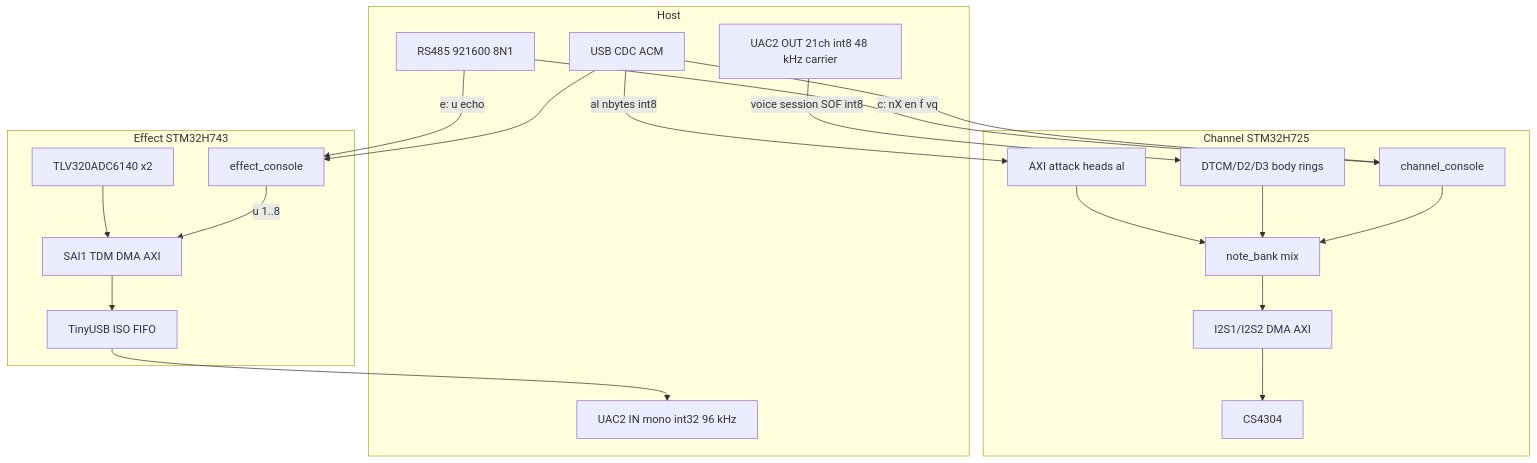
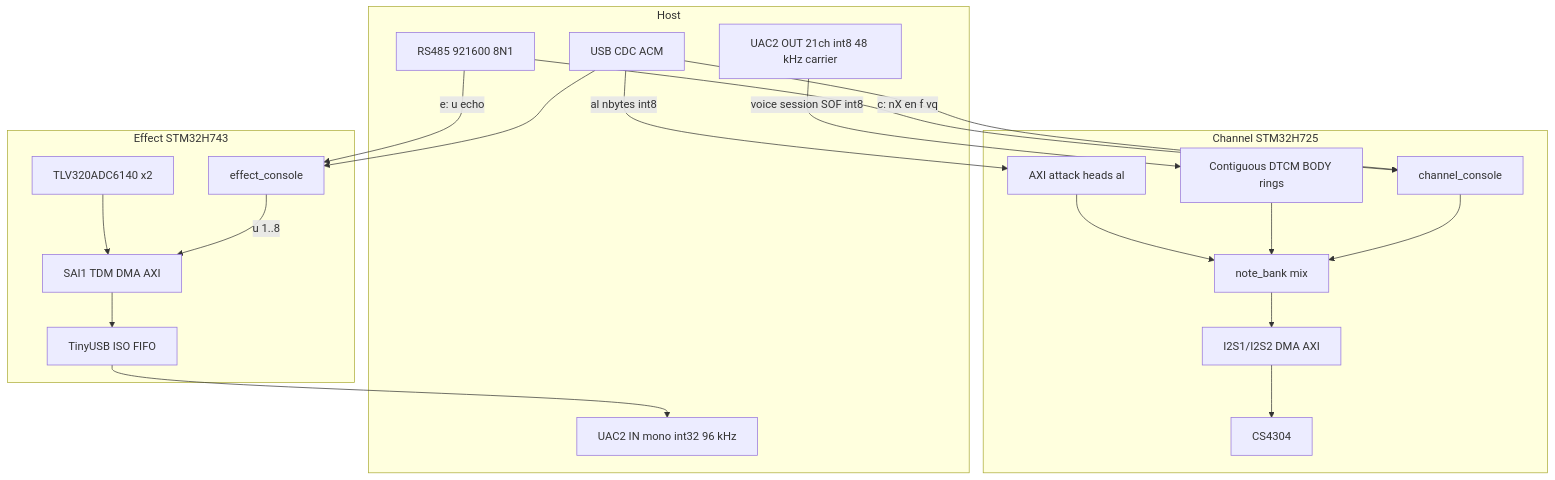
One commit to narendrabhatt-freshwater/firmware changed the first of 5 diagrams in docs/diagrams/card_data_flow.md. Above: the diagram before and after it, drawn with Mermaid. The commit also changed other lines of this file and 6 other files, not shown here.

Commit message:
refactor(sample): consolidate body rings in DTCM

````diff
--- a/docs/diagrams/card_data_flow.md
+++ b/docs/diagrams/card_data_flow.md
@@ -19,38 +19,38 @@
 ```mermaid
 flowchart TB
   subgraph host [Host]
     RS485[RS485 921600 8N1]
     CDC[USB CDC ACM]
     BodyOut[UAC2 OUT 21ch int8 48 kHz carrier]
     UacIn[UAC2 IN mono int32 96 kHz]
   end
 
   subgraph ch [Channel STM32H725]
     ChCon[channel_console]
     ChAtk[AXI attack heads al]
-    ChRing[DTCM/D2/D3 body rings]
+    ChRing[Contiguous DTCM BODY rings]
     ChMix[note_bank mix]
     ChI2S[I2S1/I2S2 DMA AXI]
     ChDac[CS4304]
   end
 
   subgraph fx [Effect STM32H743]
     FxCon[effect_console]
     FxSai[SAI1 TDM DMA AXI]
     FxAdc[TLV320ADC6140 x2]
     FxFifo[TinyUSB ISO FIFO]
   end
 
   RS485 -->|"c: nX en f vq"| ChCon
   RS485 -->|"e: u echo"| FxCon
   CDC -->|"al nbytes int8"| ChAtk
   CDC --> ChCon
   CDC --> FxCon
   BodyOut -->|"voice session SOF int8"| ChRing
   ChAtk --> ChMix
   ChRing --> ChMix
   ChCon --> ChMix
   ChMix --> ChI2S --> ChDac
   FxAdc --> FxSai --> FxFifo --> UacIn
   FxCon -->|"u 1..8"| FxSai
 ```
````
